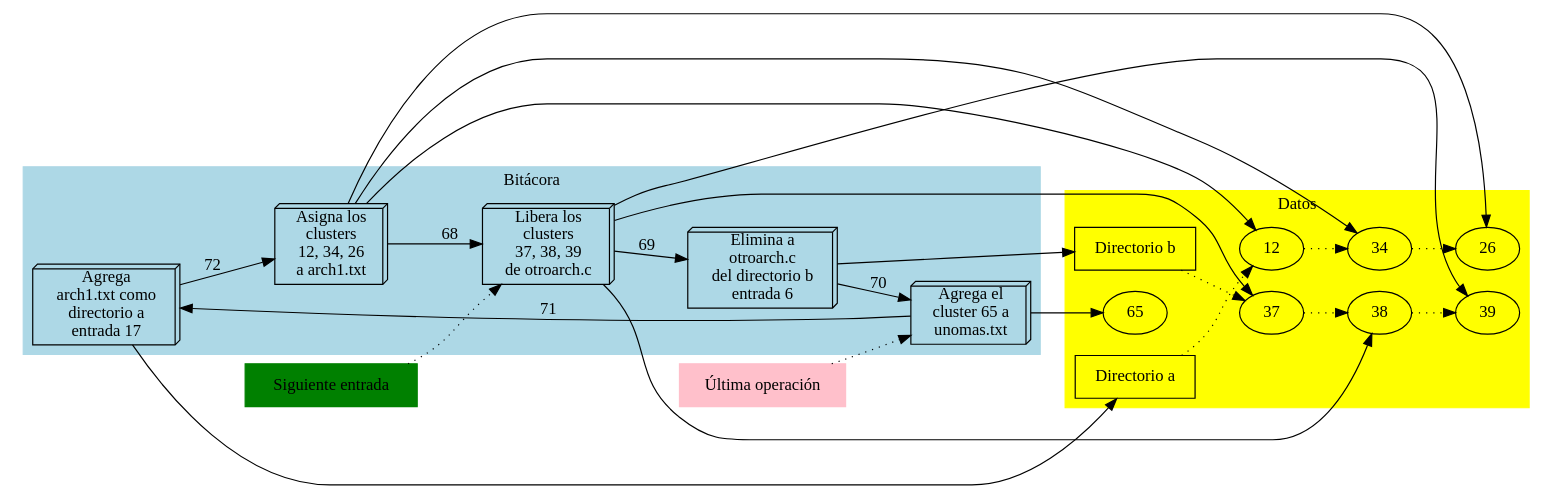
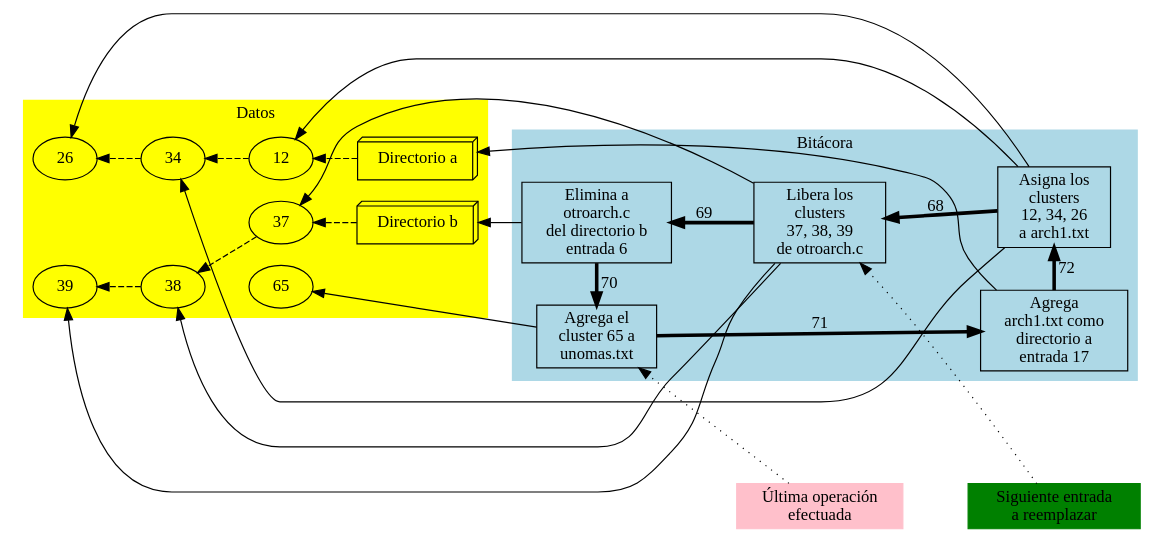
One commit to gwolf/sistop changed the second of 2 diagrams in laminas/14-estructura-en-el-dispositivo.org. Above: the diagram before and after it, drawn with Graphviz. The commit also changed other lines of this file and 2 other files, not shown here.

Commit message:
Desarrollo la sección de "Fallos y recuperación" de las notas; corrijo algunas gráficas de Graphviz en las láminas

```diff
--- a/laminas/14-estructura-en-el-dispositivo.org
+++ b/laminas/14-estructura-en-el-dispositivo.org
@@ -730,47 +795,56 @@
 #+begin_src dot :exports results :file ltxpng/fs_journaling.png
-  digraph G {
-          rankdir=LR;
-          subgraph cluster0 {
+digraph G
+{
+	rankdir=RL;
+          subgraph cluster_jrnl {
                   label = "Bitácora"
                   color = lightblue;
                   style = "filled";
-                  1 [shape="box3d", label = "Agrega\narch1.txt como\ndirectorio a\nentrada 17"];
-                  2 [shape="box3d", label = "Asigna los\nclusters\n12, 34, 26\na arch1.txt"];
-                  3 [shape="box3d", label = "Libera los\nclusters\n37, 38, 39\nde otroarch.c"];
-                  4 [shape="box3d", label = "Elimina a\notroarch.c\ndel directorio b\nentrada 6"];
-                  5 [shape="box3d", label = "Agrega el\ncluster 65 a\nunomas.txt"];
+		  node [shape="box"];
+                  1 [label = "Agrega\narch1.txt como\ndirectorio a\nentrada 17"];
+                  2 [label = "Asigna los\nclusters\n12, 34, 26\na arch1.txt"];
+                  3 [label = "Libera los\nclusters\n37, 38, 39\nde otroarch.c"];
+                  4 [label = "Elimina a\notroarch.c\ndel directorio b\nentrada 6"];
+                  5 [label = "Agrega el\ncluster 65 a\nunomas.txt"];
   
-                  1 -> 2 [label = "72"];
-                  2 -> 3 [label = "68"];
-                  3 -> 4 [label = "69"];
-                  4 -> 5 [label = "70"];
-                  5 -> 1 [label = "71"];
-          }
+                  1 -> 2 [label = "72", penwidth=3];
+                  2 -> 3 [label = "68", penwidth=3];
+                  3 -> 4 [label = "69", penwidth=3];
+                  4 -> 5 [label = "70", penwidth=3];
+                  5 -> 1 [label = "71", penwidth=3];
+		  {rank=same; 1 2}
+		  {rank=same; 4 5}
+
+}
   
-          subgraph cluster1 {
+          subgraph cluster_datos {
                   label = "Datos";
                   color = yellow;
                   style = "filled";
-                  directorioa [label = "Directorio a", shape="box"];
-                  directoriob [label = "Directorio b", shape="box"];
+                  dira [label = "Directorio a", shape="box3d"];
+                  dirb [label = "Directorio b", shape="box3d"];
+                  dira -> 12 -> 34 -> 26 [style="dashed"];
+                  dirb -> 37 -> 38 -> 39 [style="dashed"];
                   65;
-                  directorioa -> 12 -> 34 -> 26 [style="dotted"];
-                  directoriob -> 37 -> 38 -> 39 [style="dotted"];
-                  
-  }
-          1 -> directorioa;
+
+		  {rank=same; 12 37 65}
+		  {rank=same; 34 38}
+		  {rank=same; 26 39}
+}
+          1 -> dira;
           2 -> 12;
           2 -> 34;
           2 -> 26;
           3 -> 37;
           3 -> 38;
           3 -> 39;
-          4 -> directoriob;
+          4 -> dirb;
           5 -> 65;
   
-          ultimaop [label = "Última operación", shape="box", color="pink", style="filled"];
-          ultimaop -> 5 [style="dotted"];
-          cabeza [label = "Siguiente entrada", shape="box", color="green", style="filled"];
-          cabeza -> 3 [style="dotted"];
+          ultimaop [label = "Última operación\nefectuada", shape="box", color="pink", style="filled"];
+          cabeza [label = "Siguiente entrada\na reemplazar", shape="box", color="green", style="filled"];
+          ultimaop -> 5 [style="dotted",constraint=false];
+          cabeza -> 3 [style="dotted",constraint=false];
+	  cabeza -> ultimaop [style=invis];
   }
 #+end_src
```
